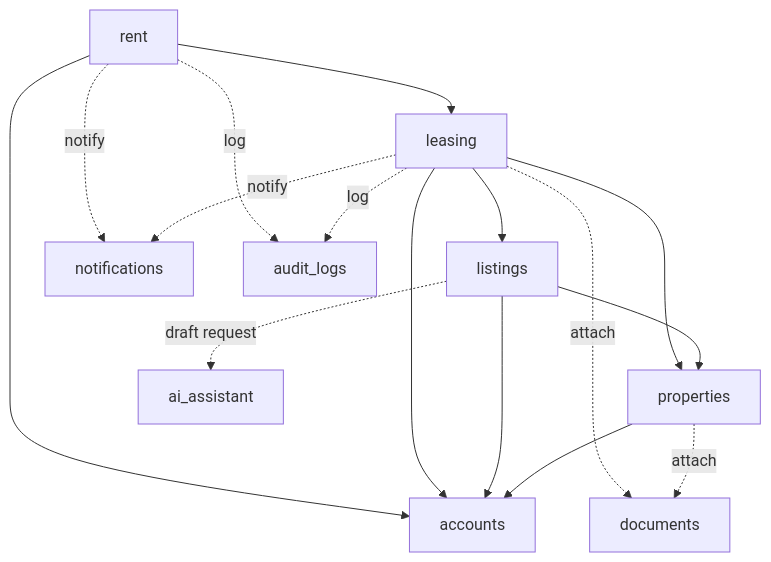
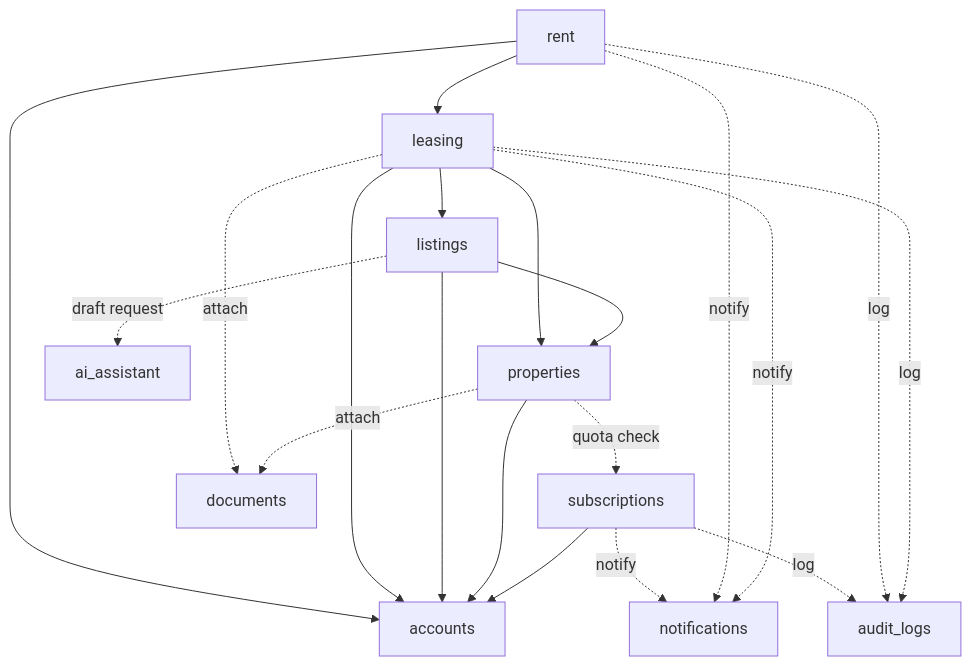
Before and after one commit to Morfomec/proptech-platform: the second of 2 diagrams in docs/module-boundaries.md, drawn with Mermaid. The commit also changed other lines of this file and 34 other files, not shown here.

````diff
--- a/docs/module-boundaries.md
+++ b/docs/module-boundaries.md
@@ -67,30 +69,35 @@
 ```mermaid
 graph TD
     accounts[accounts]
+    subscriptions[subscriptions]
     properties[properties]
     listings[listings]
     leasing[leasing]
     rent[rent]
     ai[ai_assistant]
     notifications[notifications]
     audit[audit_logs]
     documents[documents]
 
+    subscriptions --> accounts
     properties --> accounts
+    properties -.->|quota check| subscriptions
     listings --> properties
     listings --> accounts
     listings -.->|draft request| ai
     leasing --> listings
     leasing --> properties
     leasing --> accounts
     rent --> leasing
     rent --> accounts
 
     %% Cross-cutting services
     leasing -.->|notify| notifications
     rent -.->|notify| notifications
+    subscriptions -.->|notify| notifications
     leasing -.->|log| audit
     rent -.->|log| audit
+    subscriptions -.->|log| audit
     properties -.->|attach| documents
     leasing -.->|attach| documents
 ```
````
